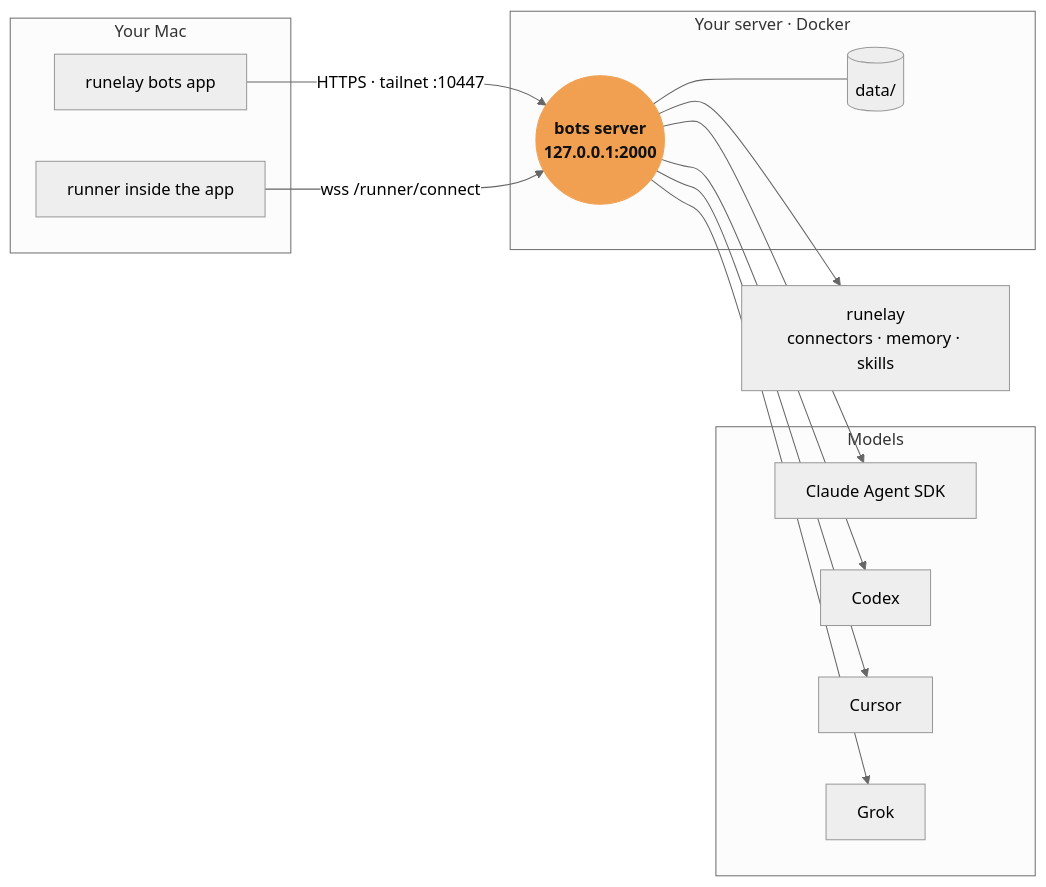
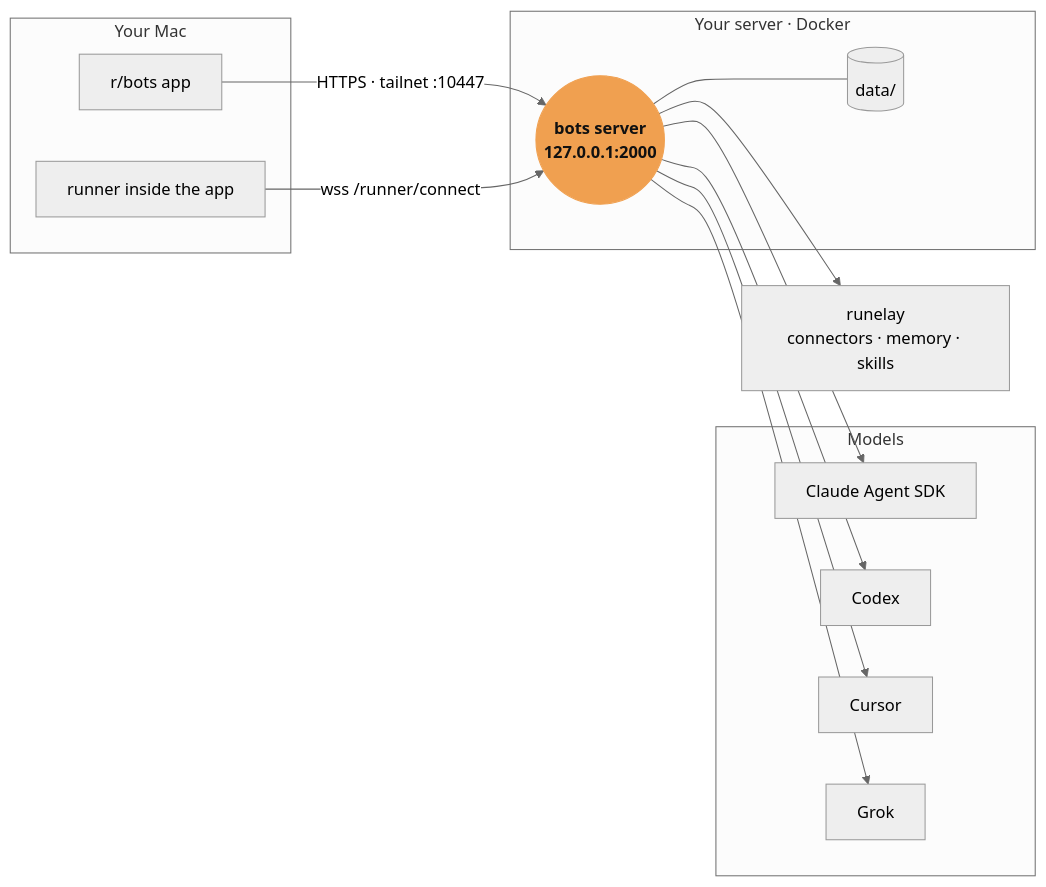
The diagram in README.md (runelay/r-bots), drawn with Mermaid (neutral theme) before and after one commit. The commit also changed other lines of this file and 22 other files, not shown here.

````diff
--- a/README.md
+++ b/README.md
@@ -37,25 +37,25 @@
 ```mermaid
 flowchart LR
   subgraph M[" Your Mac "]
-    APP[runelay bots app]
+    APP["r/bots app"]
     RUN[runner inside the app]
   end
   subgraph V[" Your server · Docker "]
     S((bots server<br/>127.0.0.1:2000))
     D[(data/)]
   end
   subgraph P[" Models "]
     CL[Claude Agent SDK]
     CX[Codex]
     CU[Cursor]
     GK[Grok]
   end
   R[runelay<br/>connectors · memory · skills]
   APP -- "HTTPS · tailnet :10447" --> S
   RUN -- "wss /runner/connect" --> S
   S --> CL & CX & CU & GK
   S --> R
   S --- D
   classDef hub fill:#f0a050,stroke:#f0a050,color:#111,font-weight:bold
   class S hub
 ```
````
